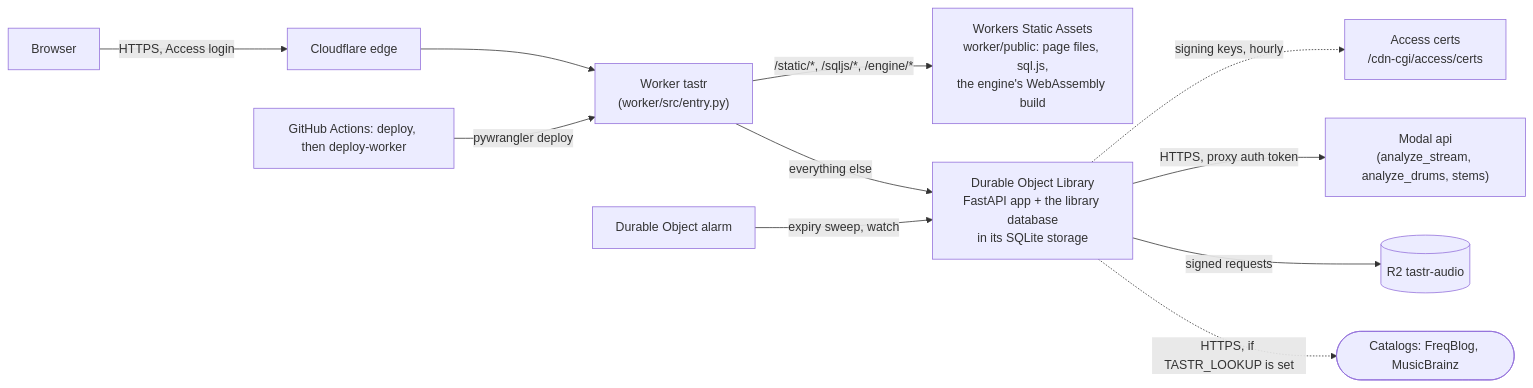
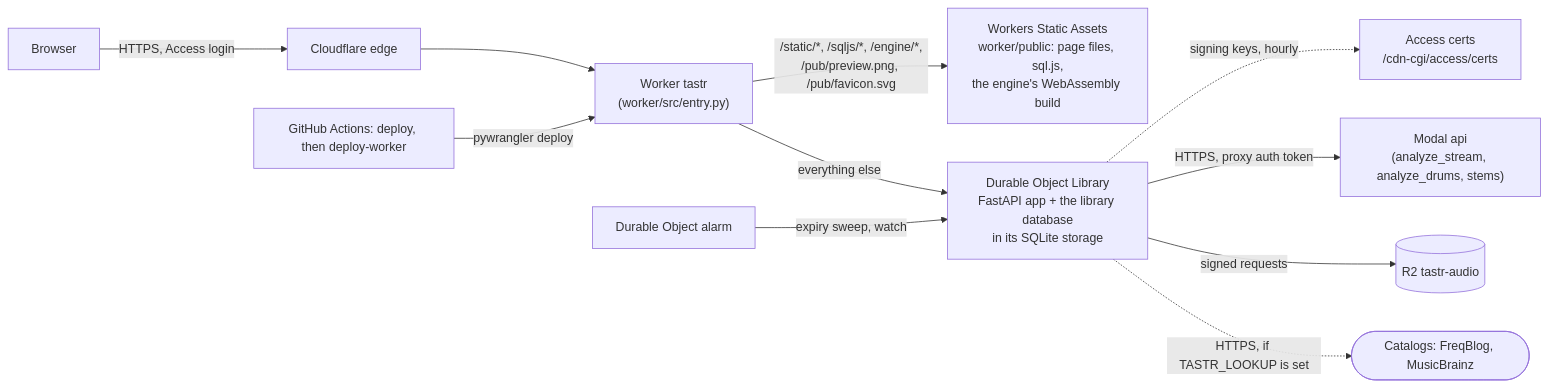
One commit to pocketIlmatto/tastr changed the third of 3 diagrams in docs/hosting-map.md. Above: the diagram before and after it, drawn with Mermaid. The commit also changed other lines of this file and 7 other files, not shown here.

````diff
--- a/docs/hosting-map.md
+++ b/docs/hosting-map.md
@@ -308,13 +311,13 @@
 ```mermaid
 flowchart LR
     B[Browser] -->|HTTPS, Access login| CF[Cloudflare edge]
     CF --> W["Worker tastr<br/>(worker/src/entry.py)"]
-    W -->|"/static/*, /sqljs/*, /engine/*"| SA["Workers Static Assets<br/>worker/public: page files, sql.js,<br/>the engine's WebAssembly build"]
+    W -->|"/static/*, /sqljs/*, /engine/*,<br/>/pub/preview.png, /pub/favicon.svg"| SA["Workers Static Assets<br/>worker/public: page files, sql.js,<br/>the engine's WebAssembly build"]
     W -->|everything else| DO["Durable Object Library<br/>FastAPI app + the library database<br/>in its SQLite storage"]
     DO -.->|signing keys, hourly| AK[Access certs<br/>/cdn-cgi/access/certs]
     AL[Durable Object alarm] -->|expiry sweep, watch| DO
     GHD[GitHub Actions: deploy, then deploy-worker] -->|pywrangler deploy| W
     DO -->|HTTPS, proxy auth token| MA["Modal api<br/>(analyze_stream, analyze_drums, stems)"]
     DO -->|signed requests| R2B[(R2 tastr-audio)]
     DO -.->|HTTPS, if TASTR_LOOKUP is set| CAT2([Catalogs: FreqBlog, MusicBrainz])
 ```
````
